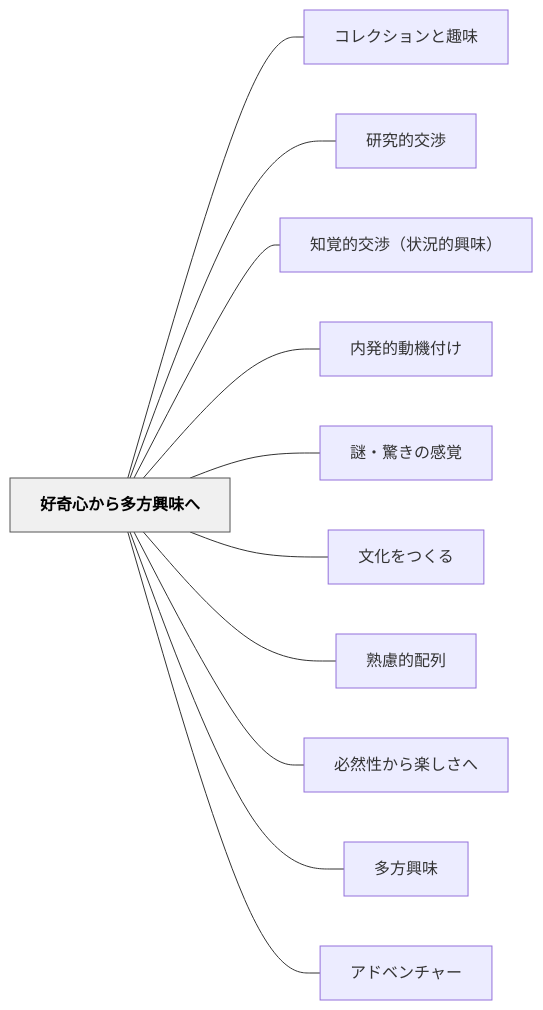
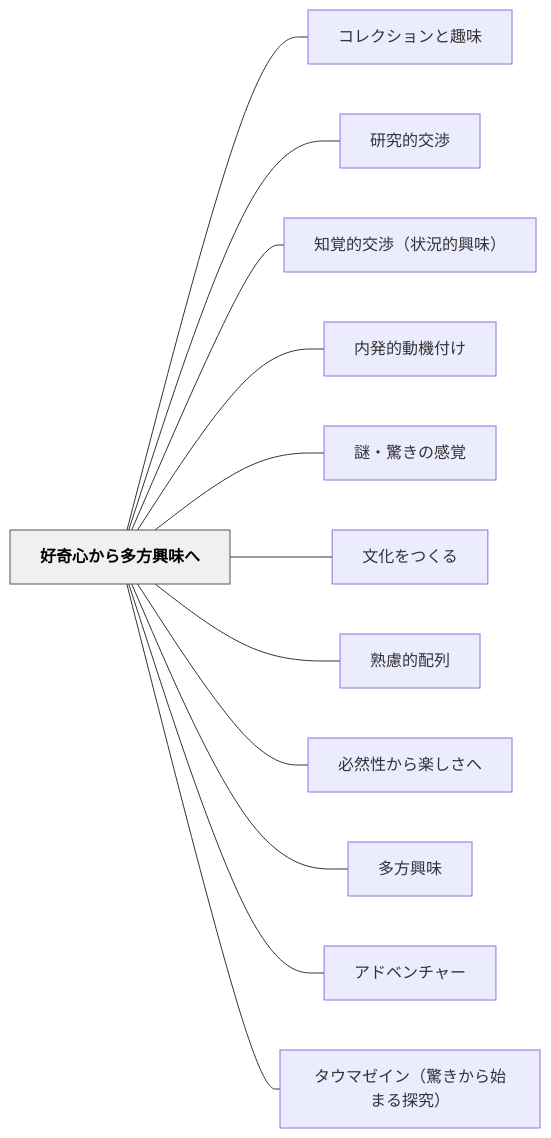
The diagram in content/パタン/好奇心から多方興味へ.md (unknownthings-ed-patterns/unknownthings-ed-patterns), drawn with Mermaid before and after one commit. The commit also changed other lines of this file and 8 other files, not shown here.

````diff
--- a/content/パタン/好奇心から多方興味へ.md
+++ b/content/パタン/好奇心から多方興味へ.md
@@ -47,28 +74,30 @@
 ```mermaid
 flowchart LR
     ne5a5bde5a587e5bf83e3818be38289e5a49ae696b9e88888e591b3e381b8["好奇心から多方興味へ"]
     ne382b3e383ace382afe382b7e383a7e383b3e381a8e8b6a3e591b3["コレクションと趣味"]
     ne7a094e7a9b6e79a84e4baa4e6b889["研究的交渉"]
     ne79fa5e8a69ae79a84e4baa4e6b889efbc88e78ab6e6b381e79a84e88888e591b3efbc89["知覚的交渉（状況的興味）"]
     ne58685e799bae79a84e58b95e6a99fe4bb98e38191["内発的動機付け"]
     ne8ac8ee383bbe9a99ae3818de381aee6849fe8a69a["謎・驚きの感覚"]
     ne69687e58c96e38292e381a4e3818fe3828b["文化をつくる"]
     ne7869fe685aee79a84e9858de58897["熟慮的配列"]
     ne5bf85e784b6e680a7e3818be38289e6a5bde38197e38195e381b8["必然性から楽しさへ"]
     ne5a49ae696b9e88888e591b3["多方興味"]
     ne382a2e38389e38399e383b3e38381e383a3e383bc["アドベンチャー"]
+    ne382bfe382a6e3839ee382bce382a4e383b3efbc88e9a99ae3818de3818be38289e5a78be381bee3828be68ea2e7a9b6efbc89["タウマゼイン（驚きから始まる探究）"]
 
     ne5a5bde5a587e5bf83e3818be38289e5a49ae696b9e88888e591b3e381b8 --- ne382b3e383ace382afe382b7e383a7e383b3e381a8e8b6a3e591b3
     ne5a5bde5a587e5bf83e3818be38289e5a49ae696b9e88888e591b3e381b8 --- ne7a094e7a9b6e79a84e4baa4e6b889
     ne5a5bde5a587e5bf83e3818be38289e5a49ae696b9e88888e591b3e381b8 --- ne79fa5e8a69ae79a84e4baa4e6b889efbc88e78ab6e6b381e79a84e88888e591b3efbc89
     ne5a5bde5a587e5bf83e3818be38289e5a49ae696b9e88888e591b3e381b8 --- ne58685e799bae79a84e58b95e6a99fe4bb98e38191
     ne5a5bde5a587e5bf83e3818be38289e5a49ae696b9e88888e591b3e381b8 --- ne8ac8ee383bbe9a99ae3818de381aee6849fe8a69a
     ne5a5bde5a587e5bf83e3818be38289e5a49ae696b9e88888e591b3e381b8 --- ne69687e58c96e38292e381a4e3818fe3828b
     ne5a5bde5a587e5bf83e3818be38289e5a49ae696b9e88888e591b3e381b8 --- ne7869fe685aee79a84e9858de58897
     ne5a5bde5a587e5bf83e3818be38289e5a49ae696b9e88888e591b3e381b8 --- ne5bf85e784b6e680a7e3818be38289e6a5bde38197e38195e381b8
     ne5a5bde5a587e5bf83e3818be38289e5a49ae696b9e88888e591b3e381b8 --- ne5a49ae696b9e88888e591b3
     ne5a5bde5a587e5bf83e3818be38289e5a49ae696b9e88888e591b3e381b8 --- ne382a2e38389e38399e383b3e38381e383a3e383bc
+    ne5a5bde5a587e5bf83e3818be38289e5a49ae696b9e88888e591b3e381b8 --- ne382bfe382a6e3839ee382bce382a4e383b3efbc88e9a99ae3818de3818be38289e5a78be381bee3828be68ea2e7a9b6efbc89
 
     classDef hub fill:#f0f0f0,stroke:#555,color:#000,font-weight:bold
     class ne5a5bde5a587e5bf83e3818be38289e5a49ae696b9e88888e591b3e381b8 hub
 ```
````
